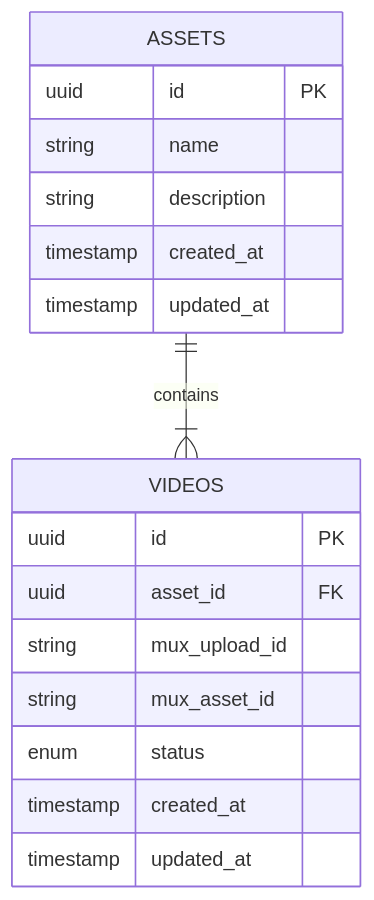
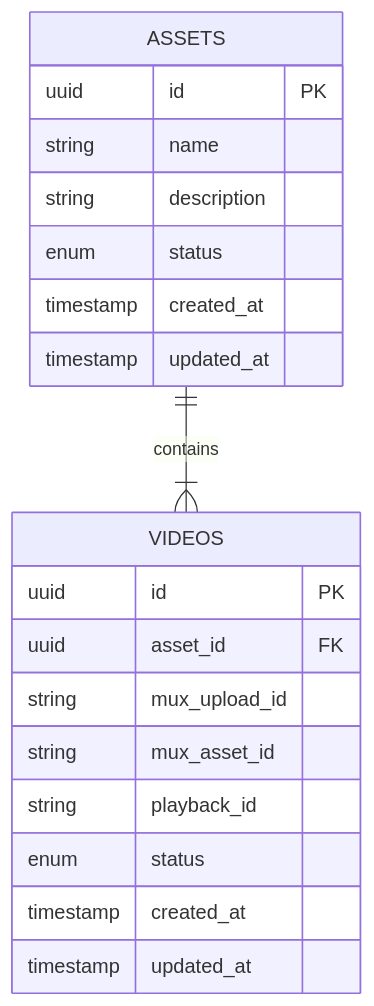
The third of 3 diagrams in README.md (OZIOisgood/zeta), drawn with Mermaid before and after one commit. The commit also changed other lines of this file and 17 other files, not shown here.

````diff
--- a/README.md
+++ b/README.md
@@ -115,20 +122,22 @@
 ```mermaid
 erDiagram
     ASSETS ||--|{ VIDEOS : contains
     ASSETS {
         uuid id PK
         string name
         string description
+        enum status
         timestamp created_at
         timestamp updated_at
     }
     VIDEOS {
         uuid id PK
         uuid asset_id FK
         string mux_upload_id
         string mux_asset_id
+        string playback_id
         enum status
         timestamp created_at
         timestamp updated_at
     }
 ```
````
